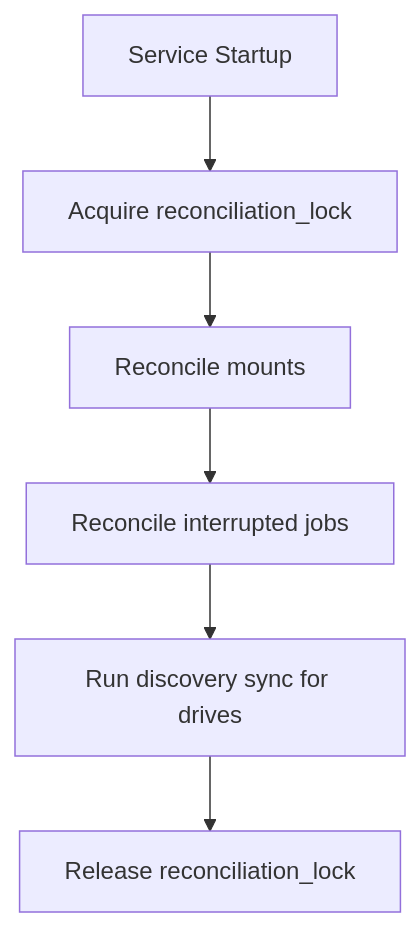
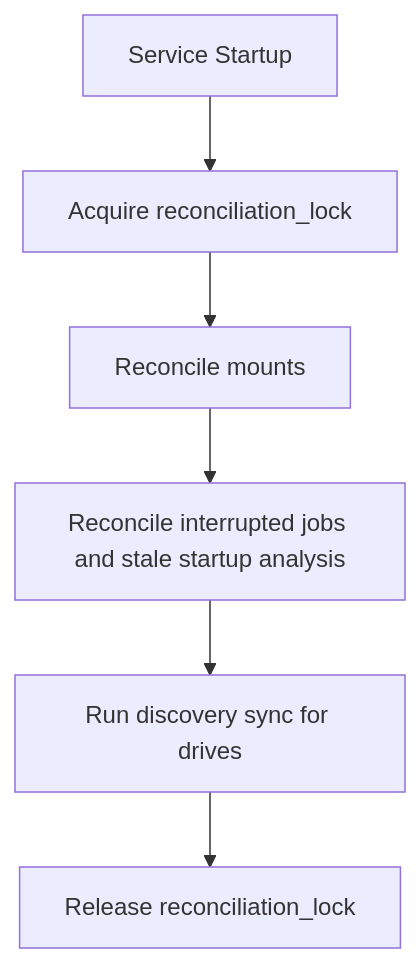
One commit to t3knoid/ecube changed the fourth of 4 diagrams in docs/operations/15-dba-data-model-reference.md. Above: the diagram before and after it, drawn with Mermaid. The commit also changed other lines of this file and 11 other files, not shown here.

First line of the commit message:
Recover stale startup analysis after restart

````diff
--- a/docs/operations/15-dba-data-model-reference.md
+++ b/docs/operations/15-dba-data-model-reference.md
@@ -198,8 +199,8 @@
 ```mermaid
 flowchart TD
   A[Service Startup] --> B[Acquire reconciliation_lock]
   B --> C[Reconcile mounts]
-  C --> D[Reconcile interrupted jobs]
+  C --> D[Reconcile interrupted jobs and stale startup analysis]
   D --> E[Run discovery sync for drives]
   E --> F[Release reconciliation_lock]
 ```
````
